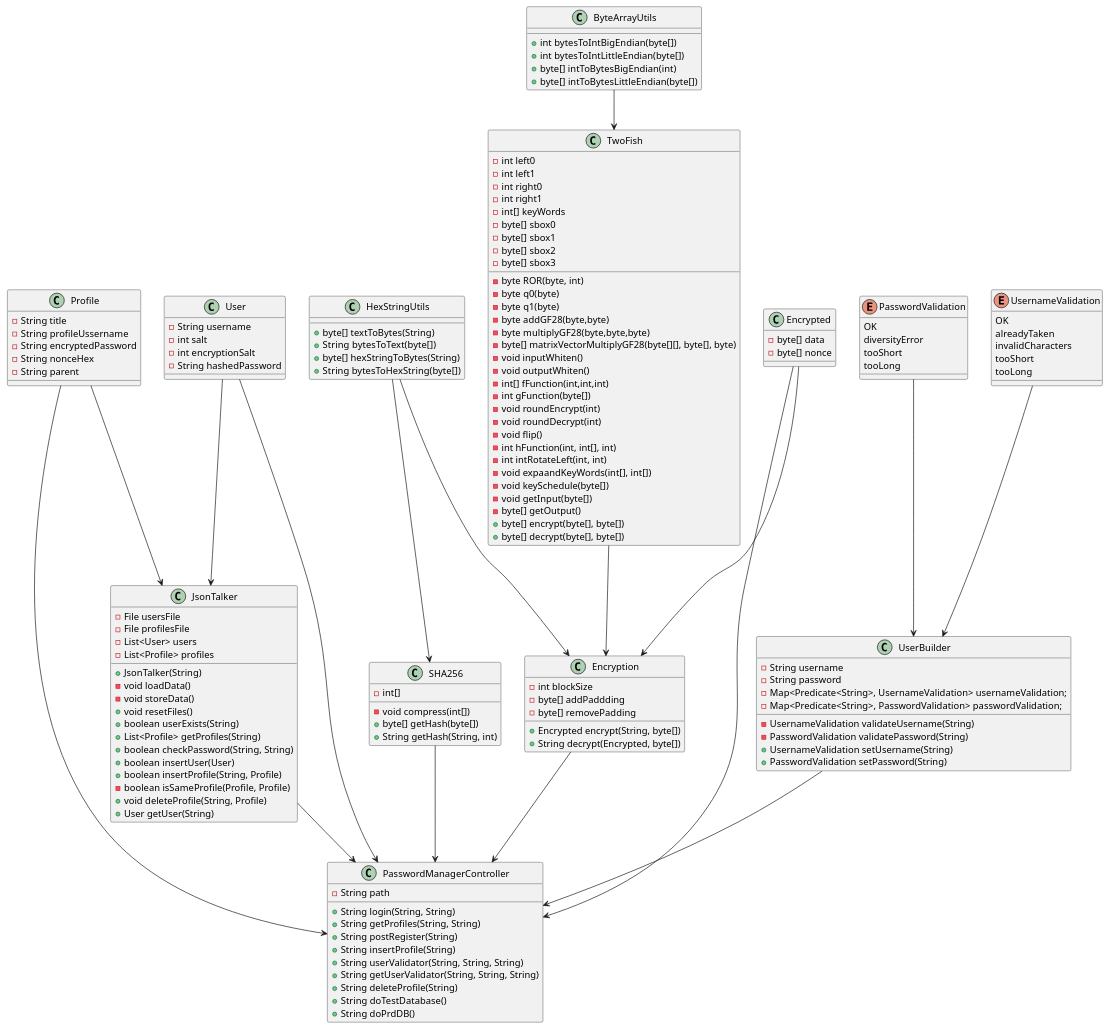
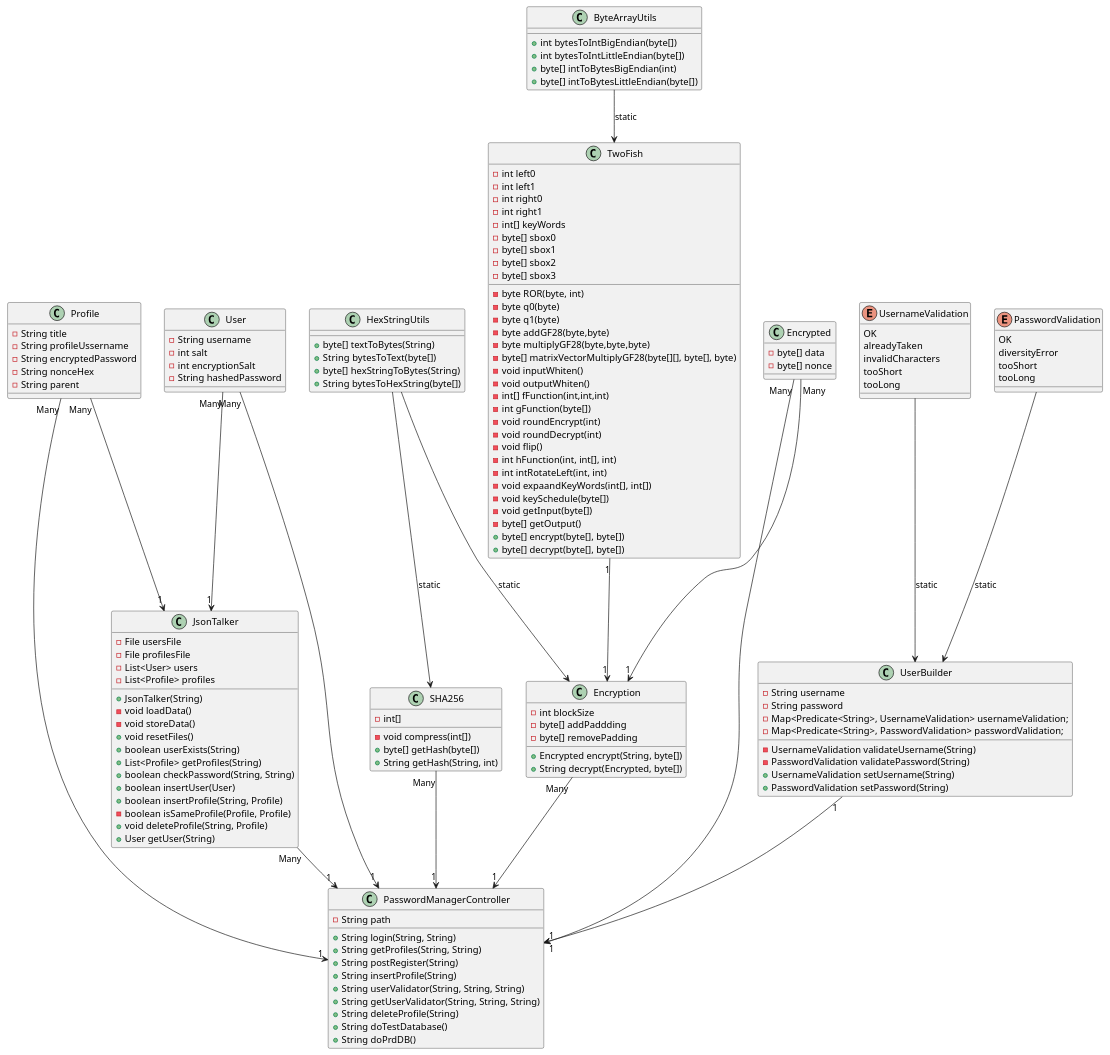
The diagram in docs/project-architecture/ClassDiagram.plantuml (julian-ao/password-manager), drawn with PlantUML before and after one commit.

Commit message:
class diagram updates
Author @sondrkol

relates #79

```diff
--- a/docs/project-architecture/ClassDiagram.plantuml
+++ b/docs/project-architecture/ClassDiagram.plantuml
@@ -1,176 +1,176 @@
 @startuml
 class PasswordManagerController{
 -String path
 +String login(String, String)
 +String getProfiles(String, String)
 +String postRegister(String)
 +String insertProfile(String)
 +String userValidator(String, String, String)
 +String getUserValidator(String, String, String)
 +String deleteProfile(String)
 +String doTestDatabase()
 +String doPrdDB()
 }
 
 
 class JsonTalker{
 -File usersFile
 -File profilesFile
 -List<User> users
 -List<Profile> profiles
 +JsonTalker(String)
 -void loadData()
 -void storeData()
 +void resetFiles()
 +boolean userExists(String)
 +List<Profile> getProfiles(String)
 +boolean checkPassword(String, String)
 +boolean insertUser(User)
 +boolean insertProfile(String, Profile)
 -boolean isSameProfile(Profile, Profile)
 +void deleteProfile(String, Profile)
 +User getUser(String)
 
 }
 
 class Encryption{
 -int blockSize
 -byte[] addPaddding
 -byte[] removePadding
 +Encrypted encrypt(String, byte[])
 +String decrypt(Encrypted, byte[])
 }
 
 
 class TwoFish{
 -int left0
 -int left1
 -int right0
 -int right1
 -int[] keyWords
 -byte[] sbox0
 -byte[] sbox1
 -byte[] sbox2
 -byte[] sbox3
 -byte ROR(byte, int)
 -byte q0(byte)
 -byte q1(byte)
 -byte addGF28(byte,byte)
 -byte multiplyGF28(byte,byte,byte)
 -byte[] matrixVectorMultiplyGF28(byte[][], byte[], byte)
 -void inputWhiten()
 -void outputWhiten()
 -int[] fFunction(int,int,int)
 -int gFunction(byte[])
 -void roundEncrypt(int)
 -void roundDecrypt(int)
 -void flip()
 -int hFunction(int, int[], int)
 -int intRotateLeft(int, int)
 -void expaandKeyWords(int[], int[])
 -void keySchedule(byte[])
 -void getInput(byte[])
 -byte[] getOutput()
 +byte[] encrypt(byte[], byte[])
 +byte[] decrypt(byte[], byte[])
 }
 
 
 
 class HexStringUtils{
 +byte[] textToBytes(String)
 +String bytesToText(byte[])
 +byte[] hexStringToBytes(String)
 +String bytesToHexString(byte[])
 
 }
 
 class SHA256{
 -int[]
 -void compress(int[])
 +byte[] getHash(byte[])
 +String getHash(String, int)
 
 }
 
 
 
 class ByteArrayUtils{
 +int bytesToIntBigEndian(byte[])
 +int bytesToIntLittleEndian(byte[])
 +byte[] intToBytesBigEndian(int)
 +byte[] intToBytesLittleEndian(byte[])
 }
 
 
 class Encrypted{
 -byte[] data
 -byte[] nonce
 }
 
 
 class Profile{
 -String title
 -String profileUssername
 -String encryptedPassword
 -String nonceHex
 -String parent
 }
 
 
 class User{
 -String username
 -int salt
 -int encryptionSalt
 -String hashedPassword
 }
 
 
 enum PasswordValidation{
 OK
 diversityError
 tooShort
 tooLong
 }
 
 
 
 enum UsernameValidation{
 OK
 alreadyTaken
 invalidCharacters
 tooShort
 tooLong
 }
 
 
 
 class UserBuilder{
 -String username
 -String password
 -Map<Predicate<String>, UsernameValidation> usernameValidation;
 -Map<Predicate<String>, PasswordValidation> passwordValidation;
 -UsernameValidation validateUsername(String)
 -PasswordValidation validatePassword(String)
 +UsernameValidation setUsername(String)
 +PasswordValidation setPassword(String)
 }
 
 
-TwoFish --> Encryption
-Encryption --> PasswordManagerController
-JsonTalker --> PasswordManagerController
-SHA256 --> PasswordManagerController
-ByteArrayUtils --> TwoFish
-HexStringUtils --> Encryption
-HexStringUtils --> SHA256
-PasswordValidation --> UserBuilder
-UsernameValidation --> UserBuilder
-Profile --> JsonTalker
-User --> JsonTalker
-UserBuilder --> PasswordManagerController
-User --> PasswordManagerController
-Profile --> PasswordManagerController
-Encrypted --> PasswordManagerController
-Encrypted --> Encryption
+TwoFish "1" --> "1" Encryption
+Encryption "Many" --> "1" PasswordManagerController
+JsonTalker "Many" --> "1" PasswordManagerController
+SHA256 "Many" --> "1" PasswordManagerController
+ByteArrayUtils --> TwoFish :static
+HexStringUtils --> Encryption :static
+HexStringUtils --> SHA256 :static
+PasswordValidation --> UserBuilder :static
+UsernameValidation --> UserBuilder :static
+Profile "Many" --> "1" JsonTalker
+User "Many" --> "1" JsonTalker
+UserBuilder "1" --> "1" PasswordManagerController
+User "Many" --> "1" PasswordManagerController
+Profile "Many" --> "1"PasswordManagerController
+Encrypted "Many" --> "1" PasswordManagerController
+Encrypted "Many" --> "1" Encryption
 @enduml
```
